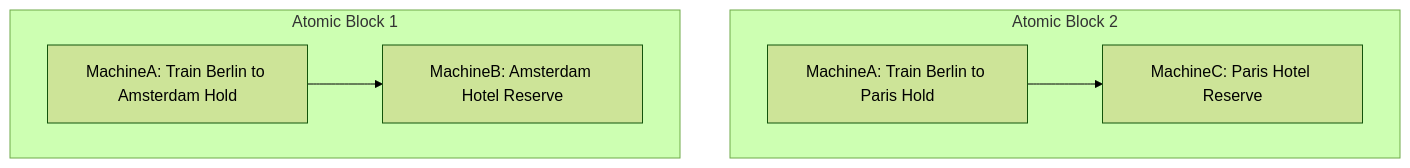
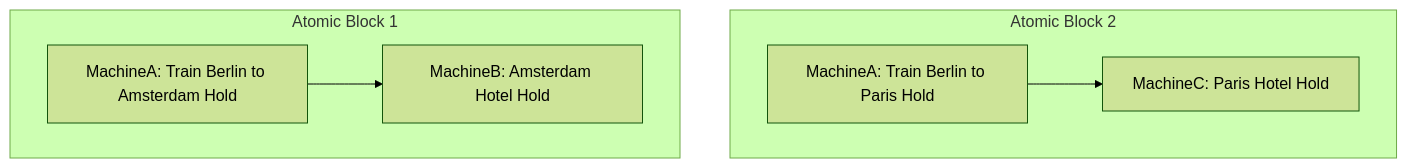
Before and after one commit to hxrts/diagram: the diagram in README.md, drawn with Mermaid (forest theme). The commit also changed other lines of this file and 4 other files, not shown here.

````diff
--- a/README.md
+++ b/README.md
@@ -43,13 +43,13 @@
 ```mermaid
 graph TD
     subgraph Atomic Block 2
         C[MachineA: Train Berlin to Paris Hold]
-        D[MachineC: Paris Hotel Reserve]
+        D[MachineC: Paris Hotel Hold]
         C --> D
     end
     subgraph Atomic Block 1
         A[MachineA: Train Berlin to Amsterdam Hold]
-        B[MachineB: Amsterdam Hotel Reserve]
+        B[MachineB: Amsterdam Hotel Hold]
         A --> B
     end
 ```
````
